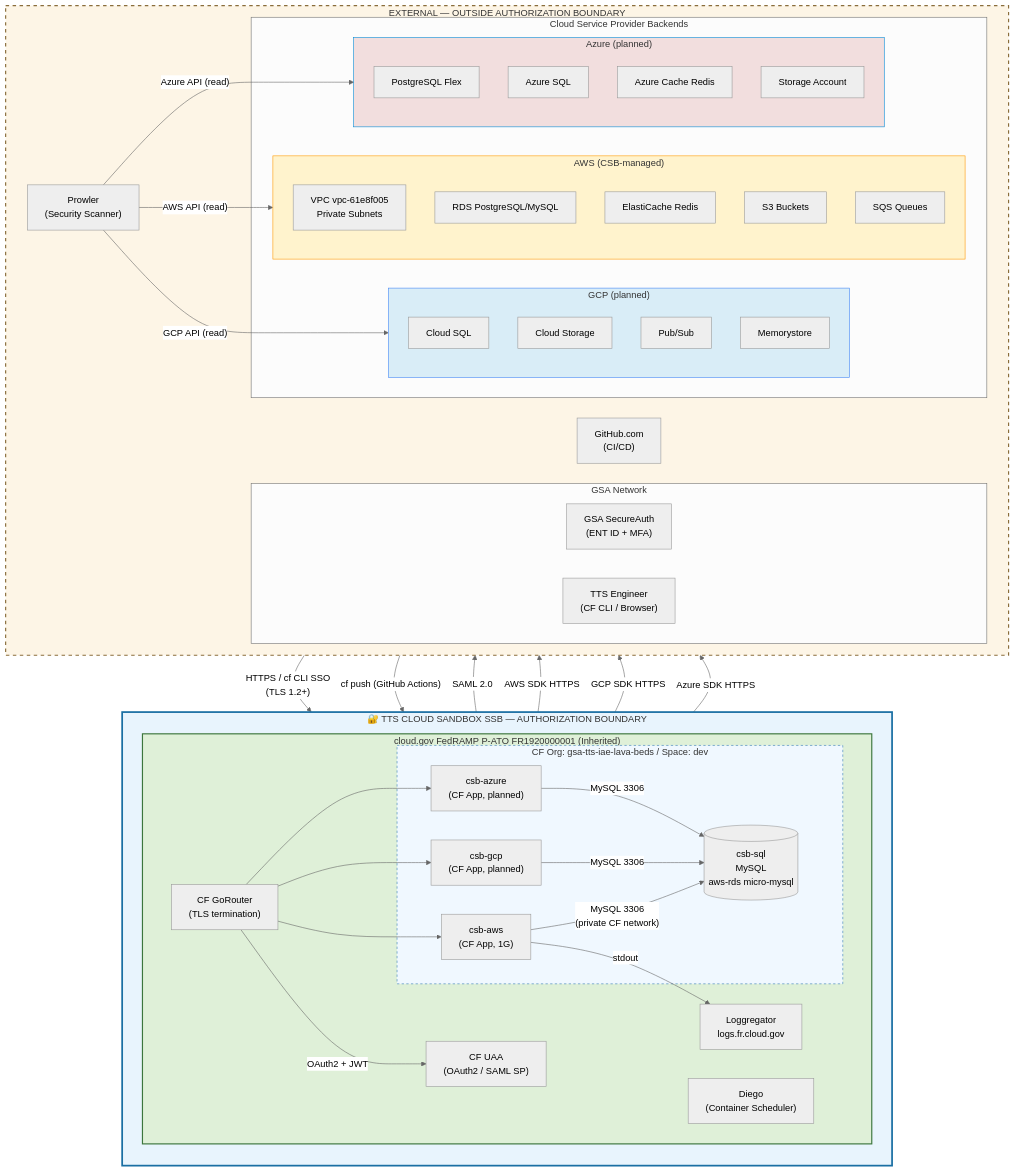
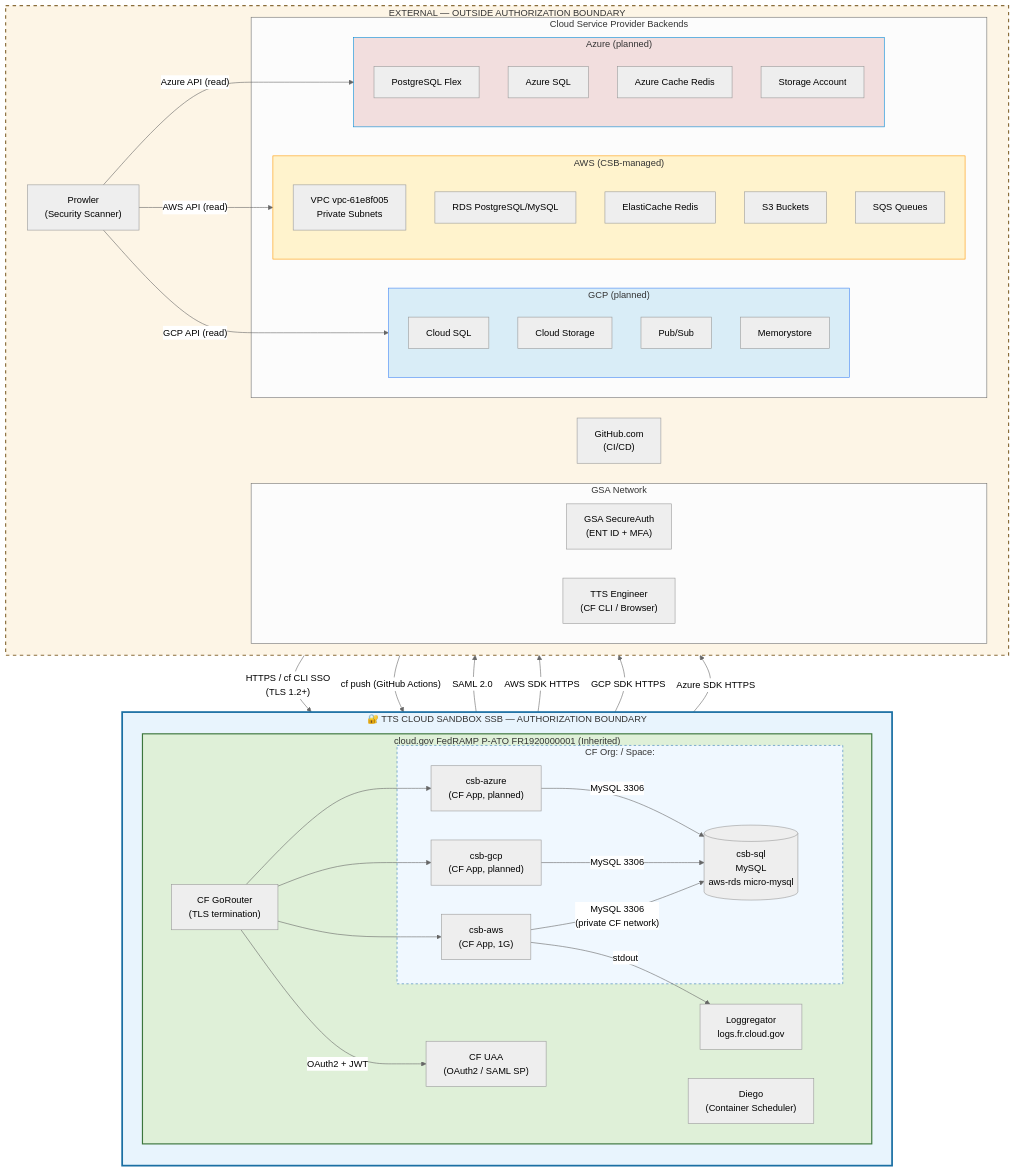
One commit to GSA-TTS/cloud-sandbox changed the second of 13 diagrams in docs/architecture-diagrams.md. Above: the diagram before and after it, drawn with Mermaid (neutral theme). The commit also changed other lines of this file and 24 other files, not shown here.

````diff
--- a/docs/architecture-diagrams.md
+++ b/docs/architecture-diagrams.md
@@ -80,76 +80,76 @@
 ```mermaid
 flowchart TB
     subgraph BOUNDARY["🔐  TTS CLOUD SANDBOX SSB — AUTHORIZATION BOUNDARY"]
         direction TB
         subgraph CG["cloud.gov FedRAMP P-ATO FR1920000001 (Inherited)"]
             direction LR
-            subgraph SPACE["CF Org: gsa-tts-iae-lava-beds / Space: dev"]
+            subgraph SPACE["CF Org: <cf-org> / Space: <cf-space>"]
                 CSB_AWS["csb-aws\n(CF App, 1G)"]
                 CSB_GCP["csb-gcp\n(CF App, planned)"]
                 CSB_AZR["csb-azure\n(CF App, planned)"]
                 CSBSQL[("csb-sql\nMySQL\naws-rds micro-mysql")]
             end
             UAA["CF UAA\n(OAuth2 / SAML SP)"]
             ROUTER["CF GoRouter\n(TLS termination)"]
             LOGG["Loggregator\nlogs.fr.cloud.gov"]
             DIAG["Diego\n(Container Scheduler)"]
         end
     end
 
     subgraph EXTERNAL["EXTERNAL — OUTSIDE AUTHORIZATION BOUNDARY"]
         direction LR
         subgraph GSANET["GSA Network"]
             SA["GSA SecureAuth\n(ENT ID + MFA)"]
             DEV["TTS Engineer\n(CF CLI / Browser)"]
         end
         subgraph CSPS["Cloud Service Provider Backends"]
             subgraph AWSB["AWS (CSB-managed)"]
                 AWS_VPC["VPC vpc-61e8f005\nPrivate Subnets"]
                 RDS["RDS PostgreSQL/MySQL"]
                 REDIS["ElastiCache Redis"]
                 S3["S3 Buckets"]
                 SQS["SQS Queues"]
             end
             subgraph GCPB["GCP (planned)"]
                 CLOUDSQL["Cloud SQL"]
                 GCS["Cloud Storage"]
                 PUBSUB["Pub/Sub"]
                 GREDIS["Memorystore"]
             end
             subgraph AZRB["Azure (planned)"]
                 AZPG["PostgreSQL Flex"]
                 AZSQL["Azure SQL"]
                 AZREDIS["Azure Cache Redis"]
                 AZSTORE["Storage Account"]
             end
         end
         GH["GitHub.com\n(CI/CD)"]
         PROWLER["Prowler\n(Security Scanner)"]
     end
 
     DEV -- "HTTPS / cf CLI SSO\n(TLS 1.2+)" --> ROUTER
     ROUTER -- "OAuth2 + JWT" --> UAA
     UAA -- "SAML 2.0" --> SA
     ROUTER --> CSB_AWS
     ROUTER --> CSB_GCP
     ROUTER --> CSB_AZR
     CSB_AWS -- "MySQL 3306\n(private CF network)" --> CSBSQL
     CSB_GCP -- "MySQL 3306" --> CSBSQL
     CSB_AZR -- "MySQL 3306" --> CSBSQL
     CSB_AWS -- "stdout" --> LOGG
     CSB_AWS -- "AWS SDK HTTPS" --> AWSB
     CSB_GCP -- "GCP SDK HTTPS" --> GCPB
     CSB_AZR -- "Azure SDK HTTPS" --> AZRB
     GH -- "cf push (GitHub Actions)" --> ROUTER
     PROWLER -- "AWS API (read)" --> AWSB
     PROWLER -- "GCP API (read)" --> GCPB
     PROWLER -- "Azure API (read)" --> AZRB
 
     style BOUNDARY fill:#e8f4fd,stroke:#1a6fa3,stroke-width:3px
     style CG fill:#dff0d8,stroke:#3c763d,stroke-width:2px
     style SPACE fill:#f0f8ff,stroke:#337ab7,stroke-width:1px,stroke-dasharray:4
     style EXTERNAL fill:#fdf5e6,stroke:#8a6d3b,stroke-width:2px,stroke-dasharray:6
     style AWSB fill:#fff3cd,stroke:#ff9900
     style GCPB fill:#d9edf7,stroke:#4285f4
     style AZRB fill:#f2dede,stroke:#0089d6
 ```
````
